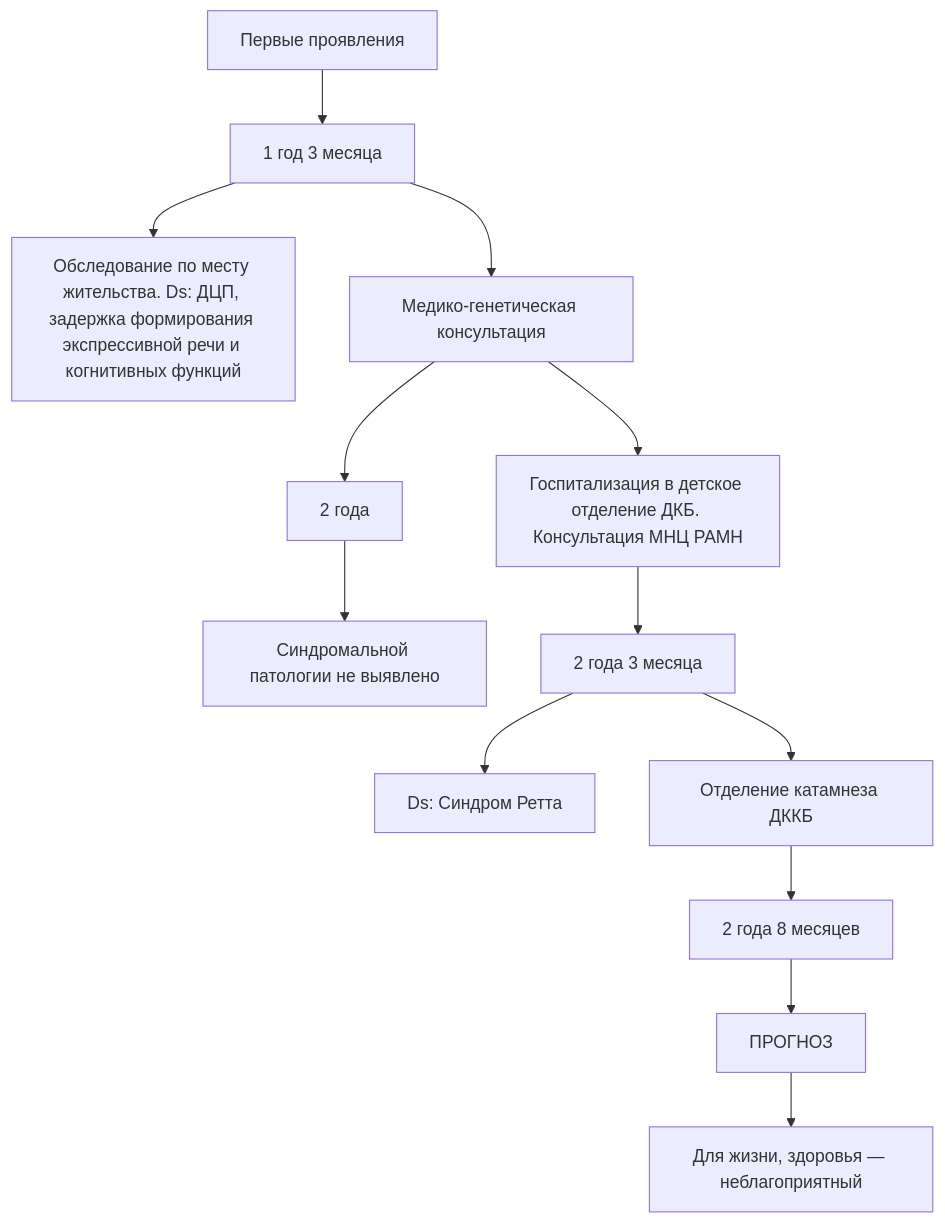
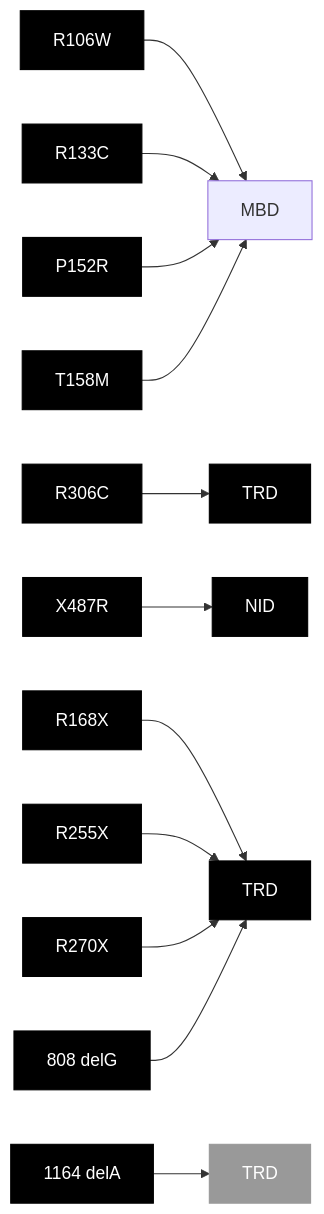
The diagram in benchmark/data/ground_truth/unified/gs_139/source.md (lanshi17/LinguaSeeker), drawn with Mermaid before and after one commit. The commit also changed other lines of this file and 73 other files, not shown here.

````diff
--- a/benchmark/data/ground_truth/unified/gs_139/source.md
+++ b/benchmark/data/ground_truth/unified/gs_139/source.md
@@ -130,15 +770,29 @@
 ```mermaid
-graph TD
- A["Первые проявления"] --> B["1 год 3 месяца"]
- B --> C["Обследование по месту жительства. Ds: ДЦП, задержка формирования экспрессивной речи и когнитивных функций"]
- B --> D["Медико-генетическая консультация"]
- D --> E["2 года"]
- E --> F["Синдромальной патологии не выявлено"]
- D --> G["Госпитализация в детское отделение ДКБ. Консультация МНЦ РАМН"]
- G --> H["2 года 3 месяца"]
- H --> I["Ds: Синдром Ретта"]
- H --> J["Отделение катамнеза ДККБ"]
- J --> K["2 года 8 месяцев"]
- K --> L["ПРОГНОЗ"]
- L --> M["Для жизни, здоровья — неблагоприятный"]
+graph LR
+ A["R106W"] --> B["MBD"]
+ C["R133C"] --> B
+ D["P152R"] --> B
+ E["T158M"] --> B
+ F["R306C"] --> G["TRD"]
+ H["X487R"] --> I["NID"]
+ J["R168X"] --> K["TRD"]
+ L["R255X"] --> K
+ M["R270X"] --> K
+ N["808 delG"] --> K
+ O["1164 delA"] --> P["TRD"]
+ style A fill:#000,stroke:#000,color:#fff
+ style C fill:#000,stroke:#000,color:#fff
+ style D fill:#000,stroke:#000,color:#fff
+ style E fill:#000,stroke:#000,color:#fff
+ style F fill:#000,stroke:#000,color:#fff
+ style G fill:#000,stroke:#000,color:#fff
+ style H fill:#000,stroke:#000,color:#fff
+ style I fill:#000,stroke:#000,color:#fff
+ style J fill:#000,stroke:#000,color:#fff
+ style K fill:#000,stroke:#000,color:#fff
+ style L fill:#000,stroke:#000,color:#fff
+ style M fill:#000,stroke:#000,color:#fff
+ style N fill:#000,stroke:#000,color:#fff
+ style O fill:#000,stroke:#000,color:#fff
+ style P fill:#999,stroke:#999,color:#fff
 ```
````
